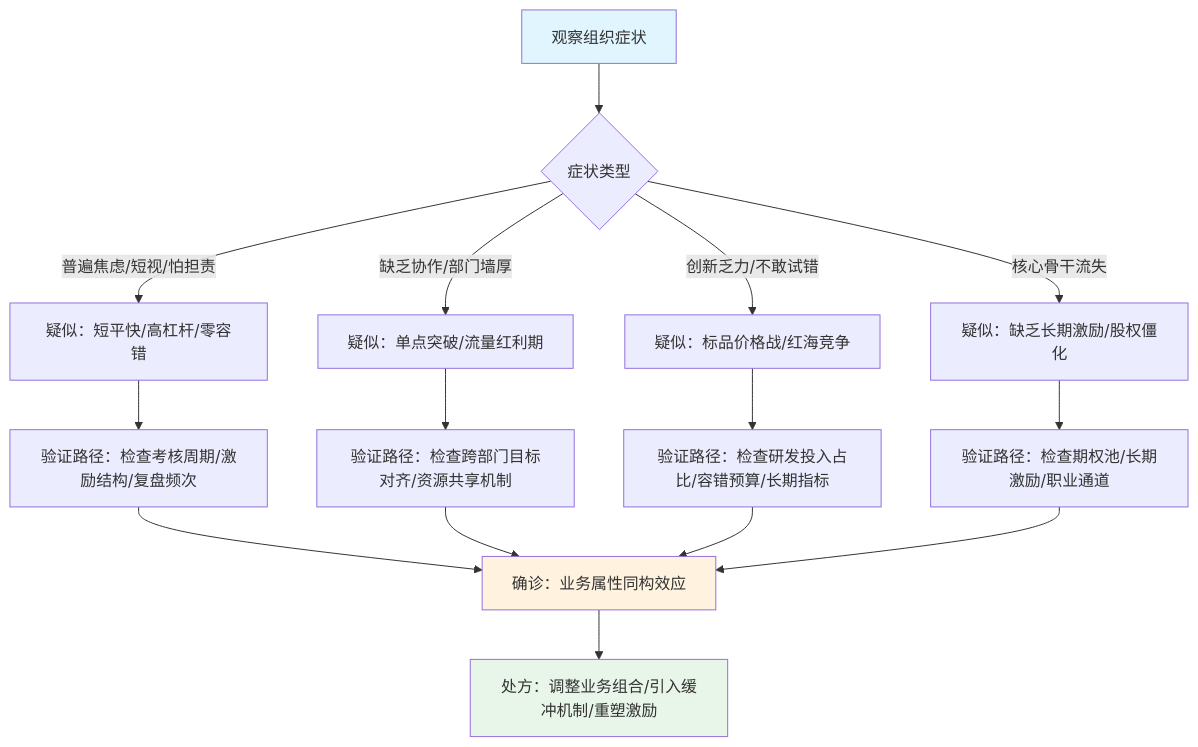
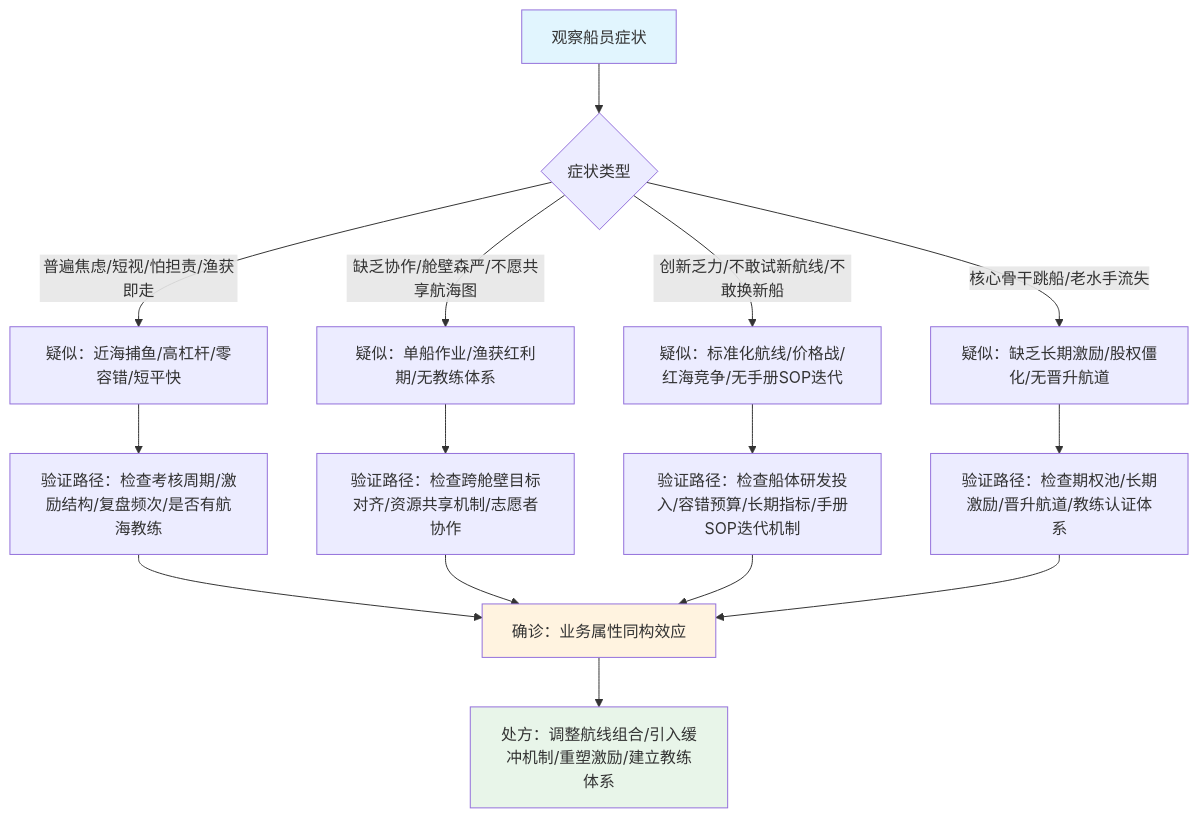
The fourth of 12 diagrams in docs/202303_paper2textbook/chapter_080.md (OpenDocCN1/flygon-zhuanqian-zhoubao), drawn with Mermaid before and after one commit. The commit also changed other lines of this file and 2 other files, not shown here.

````diff
--- a/docs/202303_paper2textbook/chapter_080.md
+++ b/docs/202303_paper2textbook/chapter_080.md
@@ -229,24 +230,24 @@
 ```mermaid
 flowchart TD
-    S[观察组织症状] --> A1{症状类型}
-    A1 -->|普遍焦虑/短视/怕担责| B1[疑似：短平快/高杠杆/零容错]
-    A1 -->|缺乏协作/部门墙厚| B2[疑似：单点突破/流量红利期]
-    A1 -->|创新乏力/不敢试错| B3[疑似：标品价格战/红海竞争]
-    A1 -->|核心骨干流失| B4[疑似：缺乏长期激励/股权僵化]
+    S[观察船员症状] --> A1{症状类型}
+    A1 -->|普遍焦虑/短视/怕担责/渔获即走| B1[疑似：近海捕鱼/高杠杆/零容错/短平快]
+    A1 -->|缺乏协作/舱壁森严/不愿共享航海图| B2[疑似：单船作业/渔获红利期/无教练体系]
+    A1 -->|创新乏力/不敢试新航线/不敢换新船| B3[疑似：标准化航线/价格战/红海竞争/无手册SOP迭代]
+    A1 -->|核心骨干跳船/老水手流失| B4[疑似：缺乏长期激励/股权僵化/无晋升航道]
     
-    B1 --> C1[验证路径：检查考核周期/激励结构/复盘频次]
-    B2 --> C2[验证路径：检查跨部门目标对齐/资源共享机制]
-    B3 --> C3[验证路径：检查研发投入占比/容错预算/长期指标]
-    B4 --> C4[验证路径：检查期权池/长期激励/职业通道]
+    B1 --> C1[验证路径：检查考核周期/激励结构/复盘频次/是否有航海教练]
+    B2 --> C2[验证路径：检查跨舱壁目标对齐/资源共享机制/志愿者协作]
+    B3 --> C3[验证路径：检查船体研发投入/容错预算/长期指标/手册SOP迭代机制]
+    B4 --> C4[验证路径：检查期权池/长期激励/晋升航道/教练认证体系]
     
     C1 --> D[确诊：业务属性同构效应]
     C2 --> D
     C3 --> D
     C4 --> D
     
-    D --> E[处方：调整业务组合/引入缓冲机制/重塑激励]
+    D --> E[处方：调整航线组合/引入缓冲机制/重塑激励/建立教练体系]
     
     style S fill:#e1f5fe
     style D fill:#fff3e0
     style E fill:#e8f5e9
 ```
````
